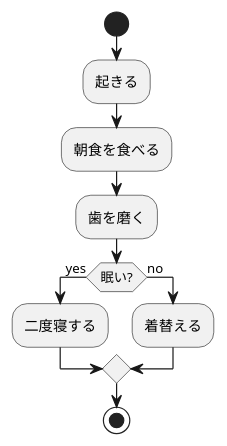
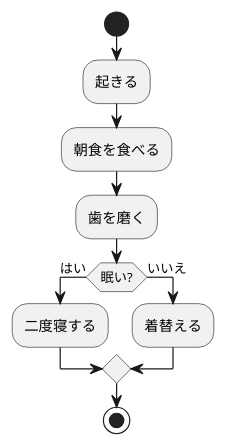
Before and after one commit to Aso2001210/2021sys-design: the diagram in Kadai3-2.md, drawn with PlantUML.

````diff
--- a/Kadai3-2.md
+++ b/Kadai3-2.md
@@ -1,14 +1,14 @@
 ```uml
 @startuml
 start
 :起きる;
 :朝食を食べる;
 :歯を磨く;
-if(眠い?) then (yes)
+if(眠い?) then (はい)
   :二度寝する;
-else (no)
+else (いいえ)
   :着替える;
 endif
 stop
 @enduml
 ```
````
